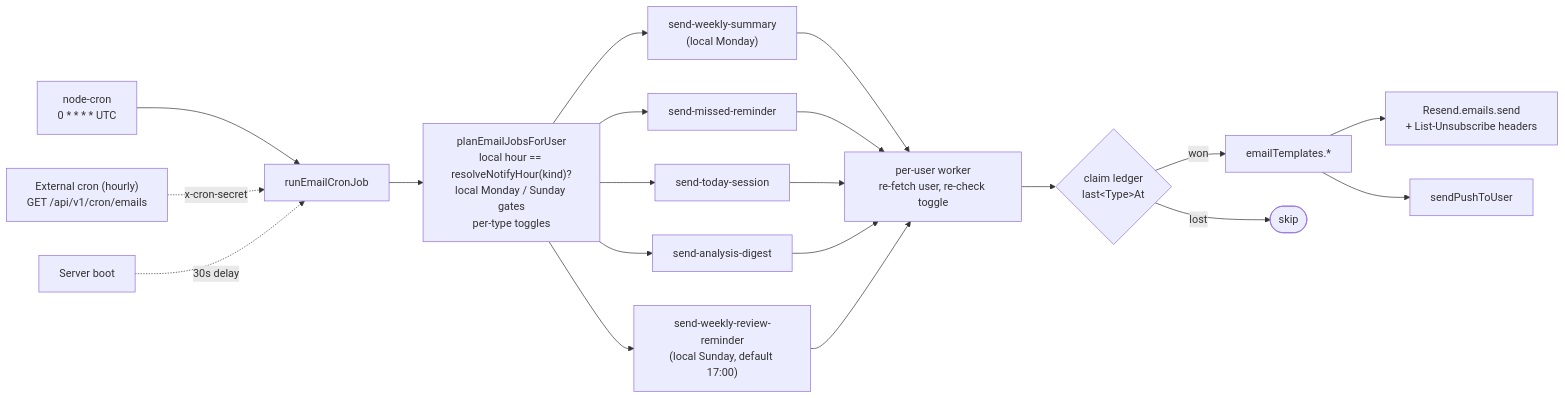
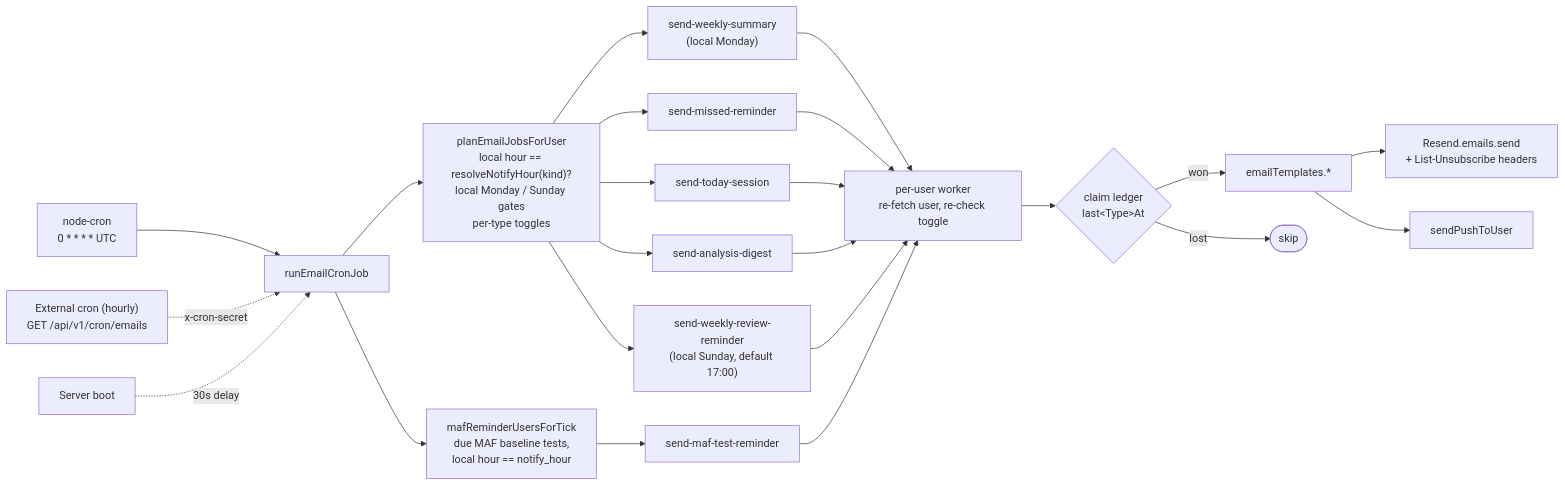
Before and after one commit to daler91/Hyrox-Companion: the eighth of 8 diagrams in docs/architecture.md, drawn with Mermaid. The commit also changed other lines of this file and 2 other files, not shown here.

````diff
--- a/docs/architecture.md
+++ b/docs/architecture.md
@@ -418,27 +435,30 @@
 ```mermaid
 flowchart LR
     Cron["node-cron<br/>0 * * * * UTC"] --> Run[runEmailCronJob]
     Ext["External cron (hourly)<br/>GET /api/v1/cron/emails"] -. x-cron-secret .-> Run
     Startup["Server boot"] -. 30s delay .-> Run
 
     Run --> Plan["planEmailJobsForUser<br/>local hour == resolveNotifyHour(kind)?<br/>local Monday / Sunday gates<br/>per-type toggles"]
 
     Plan --> QW["send-weekly-summary<br/>(local Monday)"]
     Plan --> QM["send-missed-reminder"]
     Plan --> QT["send-today-session"]
     Plan --> QA["send-analysis-digest"]
     Plan --> QR["send-weekly-review-reminder<br/>(local Sunday, default 17:00)"]
+    Run --> Maf["mafReminderUsersForTick<br/>due MAF baseline tests,<br/>local hour == notify_hour"]
+    Maf --> QF["send-maf-test-reminder"]
 
     QW --> W["per-user worker<br/>re-fetch user, re-check toggle"]
     QM --> W
     QT --> W
     QA --> W
     QR --> W
+    QF --> W
 
     W --> Guard{"claim ledger<br/>last&lt;Type&gt;At"}
     Guard -- won --> Tmpl[emailTemplates.*]
     Guard -- lost --> Skip([skip])
 
     Tmpl --> Send["Resend.emails.send<br/>+ List-Unsubscribe headers"]
     Tmpl --> Push[sendPushToUser]
 ```
````
